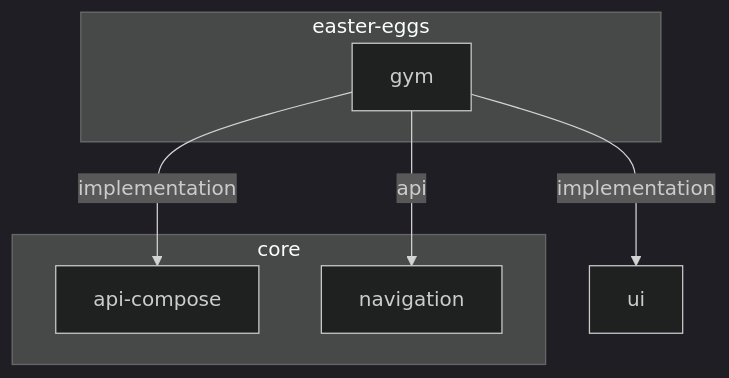
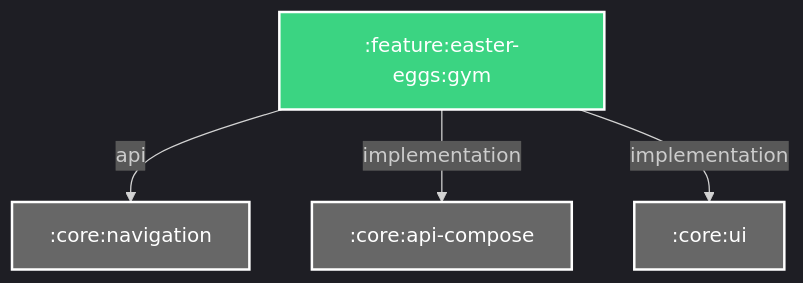
The diagram in feature/easter-eggs/gym/README.md (Dussim/cv-app), drawn with Mermaid before and after one commit. The commit also changed 34 other files, not shown here.

````diff
--- a/feature/easter-eggs/gym/README.md
+++ b/feature/easter-eggs/gym/README.md
@@ -3,19 +3,20 @@
 ```mermaid
 %%{
   init: {
     'theme': 'dark'
   }
 }%%
 
 graph TB
-  subgraph core
-    api-compose
-    navigation
-  end
-  subgraph easter-eggs
-    gym
-  end
-  gym -- api --> navigation
-  gym -- implementation --> api-compose
-  gym -- implementation --> ui
+  :feature:easter-eggs:gym -- api --> :core:navigation
+  :feature:easter-eggs:gym -- implementation --> :core:api-compose
+  :feature:easter-eggs:gym -- implementation --> :core:ui
+
+classDef android-library fill:#3BD482,stroke:#fff,stroke-width:2px,color:#fff;
+classDef unknown fill:#676767,stroke:#fff,stroke-width:2px,color:#fff;
+class :feature:easter-eggs:gym android-library
+class :core:navigation unknown
+class :core:api-compose unknown
+class :core:ui unknown
+
 ```
````
